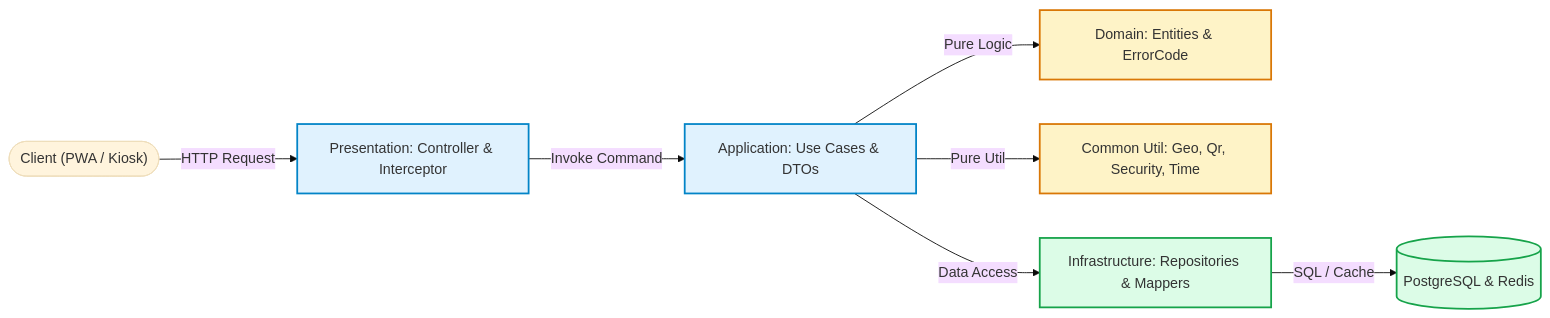
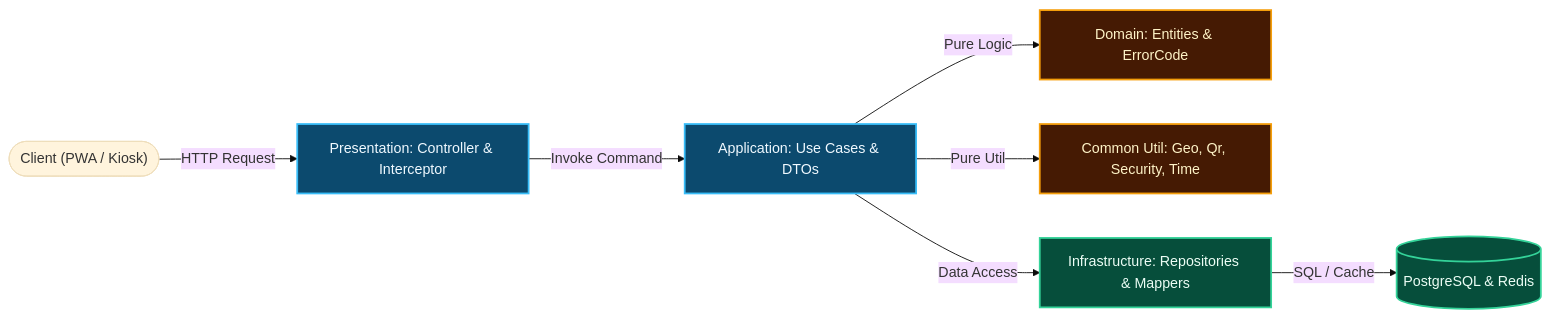
One commit to daoductam/ordera-platform changed the first of 17 diagrams in docs/plans/tenant-store/business-test-flows.md. Above: the diagram before and after it, drawn with Mermaid (base theme). The commit also changed other lines of this file, not shown here.

First line of the commit message:
develop: fix mermaid flowchart text contrast for dark theme

````diff
--- a/docs/plans/tenant-store/business-test-flows.md
+++ b/docs/plans/tenant-store/business-test-flows.md
@@ -25,16 +25,16 @@
 ```mermaid
 flowchart LR
     Client(["Client (PWA / Kiosk)"]) -->|HTTP Request| Pre["Presentation: Controller & Interceptor"]
     Pre -->|Invoke Command| App["Application: Use Cases & DTOs"]
     App -->|Pure Logic| Dom["Domain: Entities & ErrorCode"]
     App -->|Pure Util| Util["Common Util: Geo, Qr, Security, Time"]
     App -->|Data Access| Infra["Infrastructure: Repositories & Mappers"]
     Infra -->|SQL / Cache| DB[("PostgreSQL & Redis")]
 
-    classDef c1 fill:#e0f2fe,stroke:#0284c7,stroke-width:2px;
-    classDef c2 fill:#fef3c7,stroke:#d97706,stroke-width:2px;
-    classDef c3 fill:#dcfce7,stroke:#16a34a,stroke-width:2px;
+    classDef c1 fill:#0c4a6e,stroke:#38bdf8,stroke-width:2px,color:#f0f9ff;
+    classDef c2 fill:#451a03,stroke:#f59e0b,stroke-width:2px,color:#fef3c7;
+    classDef c3 fill:#064e3b,stroke:#34d399,stroke-width:2px,color:#ecfdf5;
     class Pre,App c1;
     class Dom,Util c2;
     class Infra,DB c3;
 ```
````
